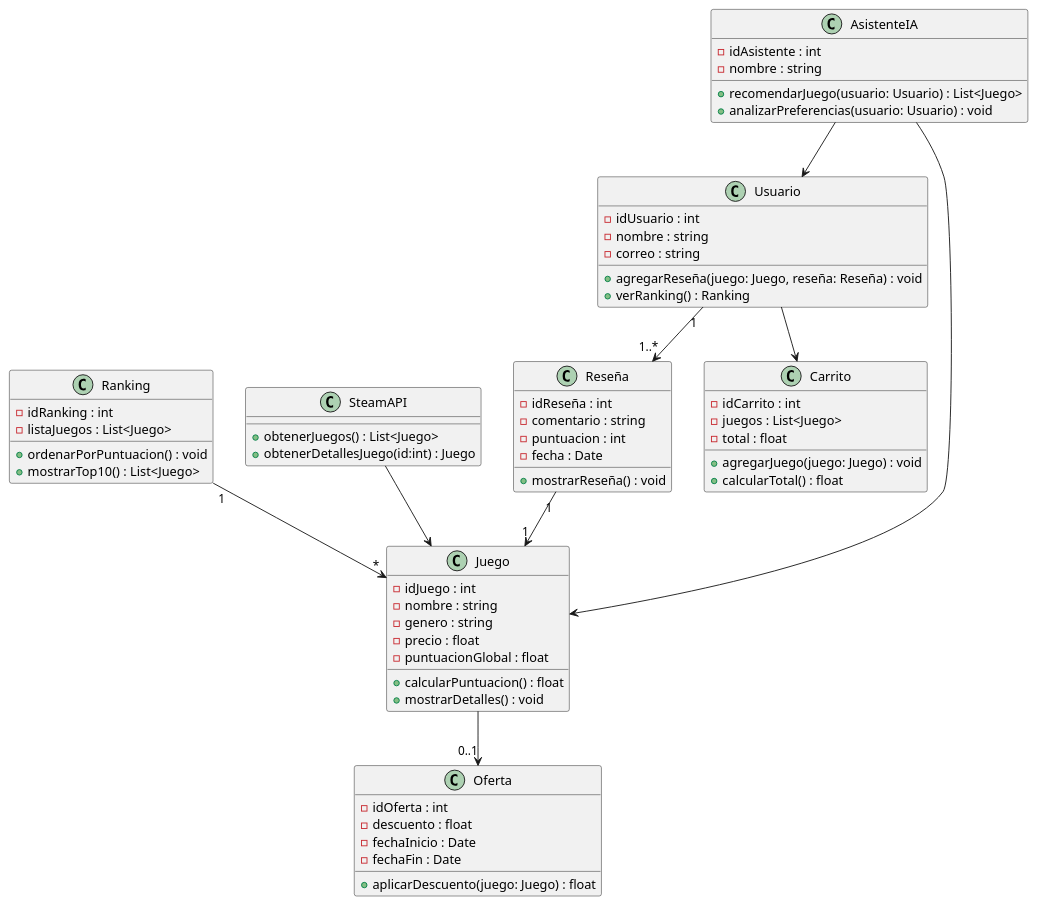
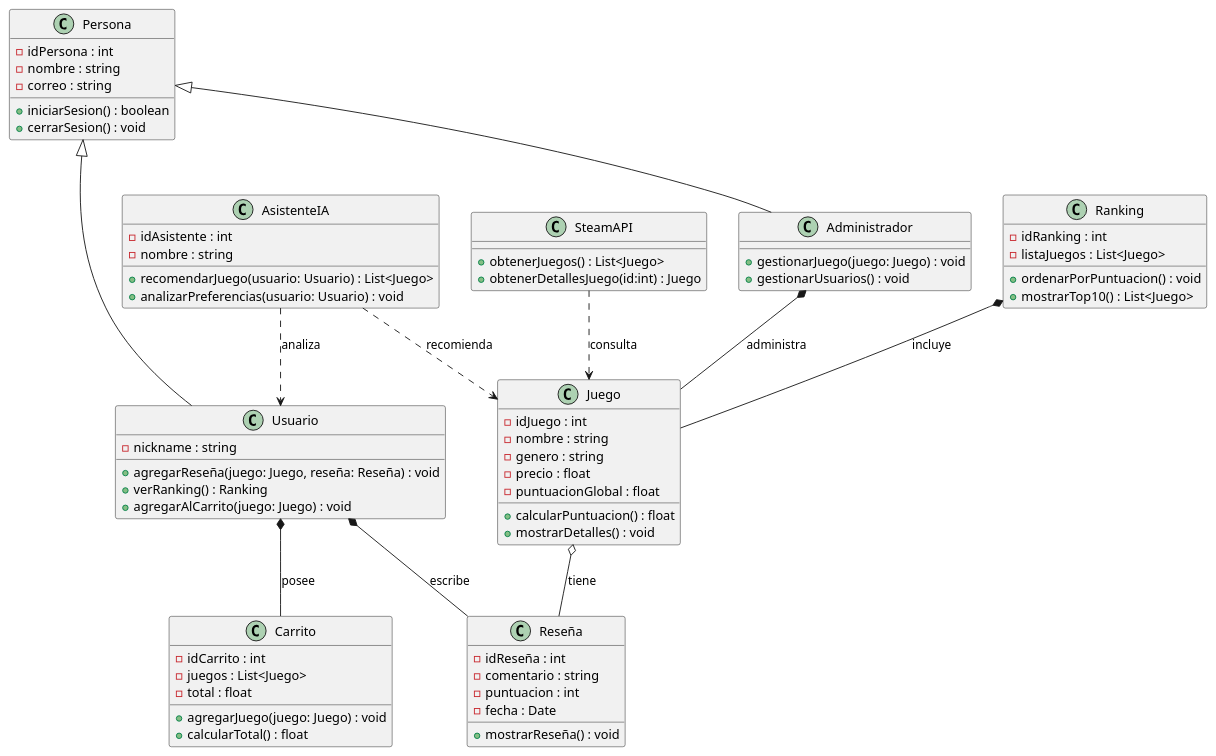
The diagram in diagrams/classes.puml (Nylarion/SteamStorm-Project), drawn with PlantUML before and after one commit.

```diff
--- a/diagrams/classes.puml
+++ b/diagrams/classes.puml
@@ -1,71 +1,83 @@
-@startuml SteamStormDiagrama
-class Usuario {
-  - idUsuario : int
+@startuml SteamStorm
+
+' --- Entidades base ---
+class Persona {
+  - idPersona : int
   - nombre : string
   - correo : string
+  + iniciarSesion() : boolean
+  + cerrarSesion() : void
+}
+
+' --- Subclases que dependen de Persona ---
+class Usuario {
+  - nickname : string
   + agregarReseña(juego: Juego, reseña: Reseña) : void
   + verRanking() : Ranking
+  + agregarAlCarrito(juego: Juego) : void
 }
 
+class Administrador {
+  + gestionarJuego(juego: Juego) : void
+  + gestionarUsuarios() : void
+}
+
+' --- Clases funcionales ---
 class Reseña {
   - idReseña : int
   - comentario : string
   - puntuacion : int
   - fecha : Date
   + mostrarReseña() : void
 }
 
 class Juego {
   - idJuego : int
   - nombre : string
   - genero : string
   - precio : float
   - puntuacionGlobal : float
   + calcularPuntuacion() : float
   + mostrarDetalles() : void
 }
 
 class Ranking {
   - idRanking : int
   - listaJuegos : List<Juego>
   + ordenarPorPuntuacion() : void
   + mostrarTop10() : List<Juego>
 }
 
 class SteamAPI {
   + obtenerJuegos() : List<Juego>
   + obtenerDetallesJuego(id:int) : Juego
 }
 
-class Oferta {
-  - idOferta : int
-  - descuento : float
-  - fechaInicio : Date
-  - fechaFin : Date
-  + aplicarDescuento(juego: Juego) : float
-}
-
 class AsistenteIA {
   - idAsistente : int
   - nombre : string
   + recomendarJuego(usuario: Usuario) : List<Juego>
   + analizarPreferencias(usuario: Usuario) : void
 }
 
 class Carrito {
   - idCarrito : int
   - juegos : List<Juego>
   - total : float
   + agregarJuego(juego: Juego) : void
   + calcularTotal() : float
 }
 
-Usuario "1" --> "1..*" Reseña
-Reseña "1" --> "1" Juego
-Ranking "1" --> "*" Juego
-SteamAPI --> Juego
-Juego --> "0..1" Oferta
-AsistenteIA --> Usuario
-AsistenteIA --> Juego
-Usuario --> Carrito
+' --- Relaciones de dependencia y herencia ---
+Persona <|-- Usuario
+Persona <|-- Administrador
+Usuario *-- Carrito : posee
+Usuario *-- Reseña : escribe
+Juego o-- Reseña : tiene
+Ranking *-- Juego : incluye
+SteamAPI ..> Juego : consulta
+Administrador *-- Juego : administra
+AsistenteIA ..> Usuario : analiza
+AsistenteIA ..> Juego : recomienda
+
 @enduml
```
